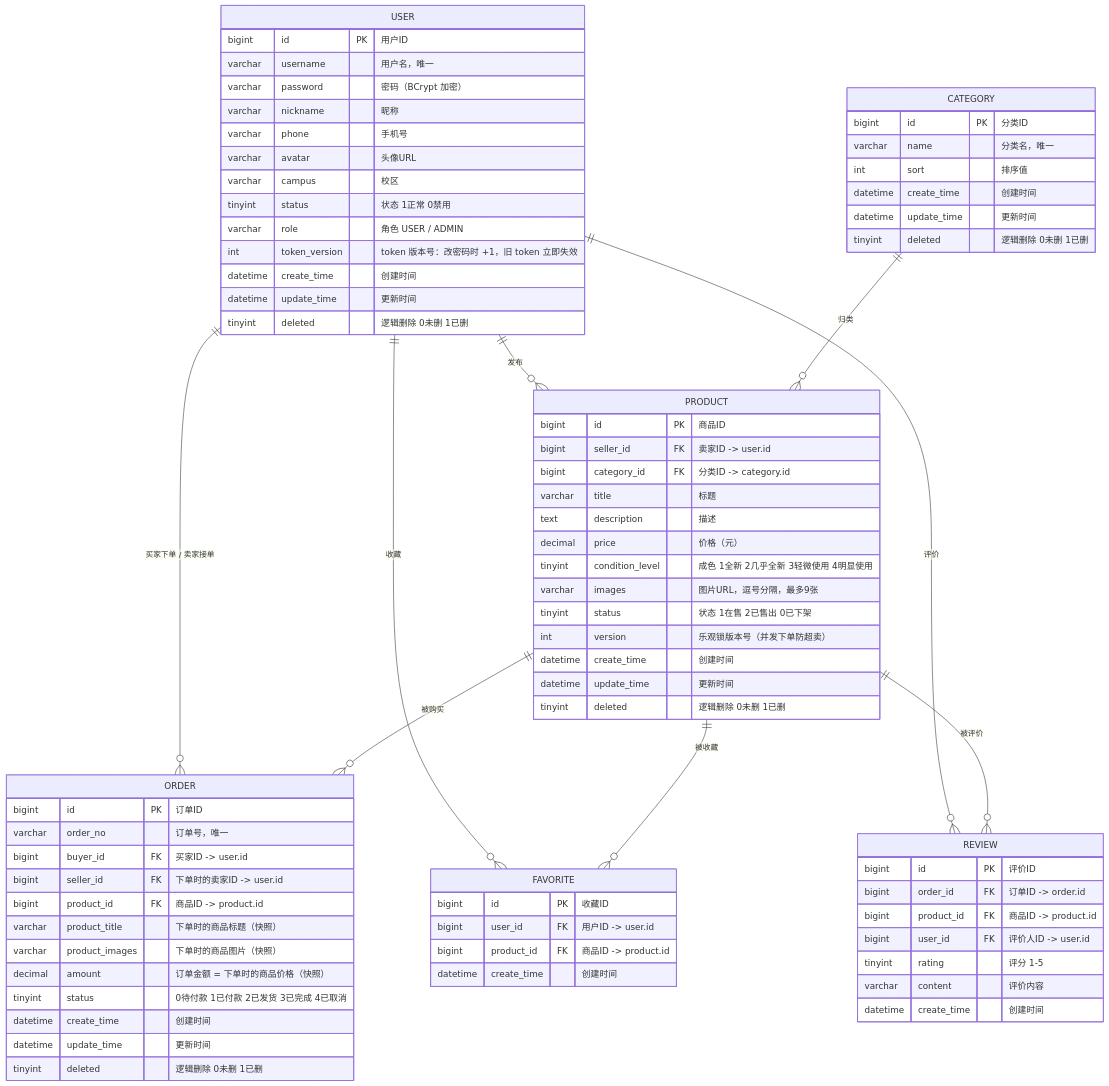
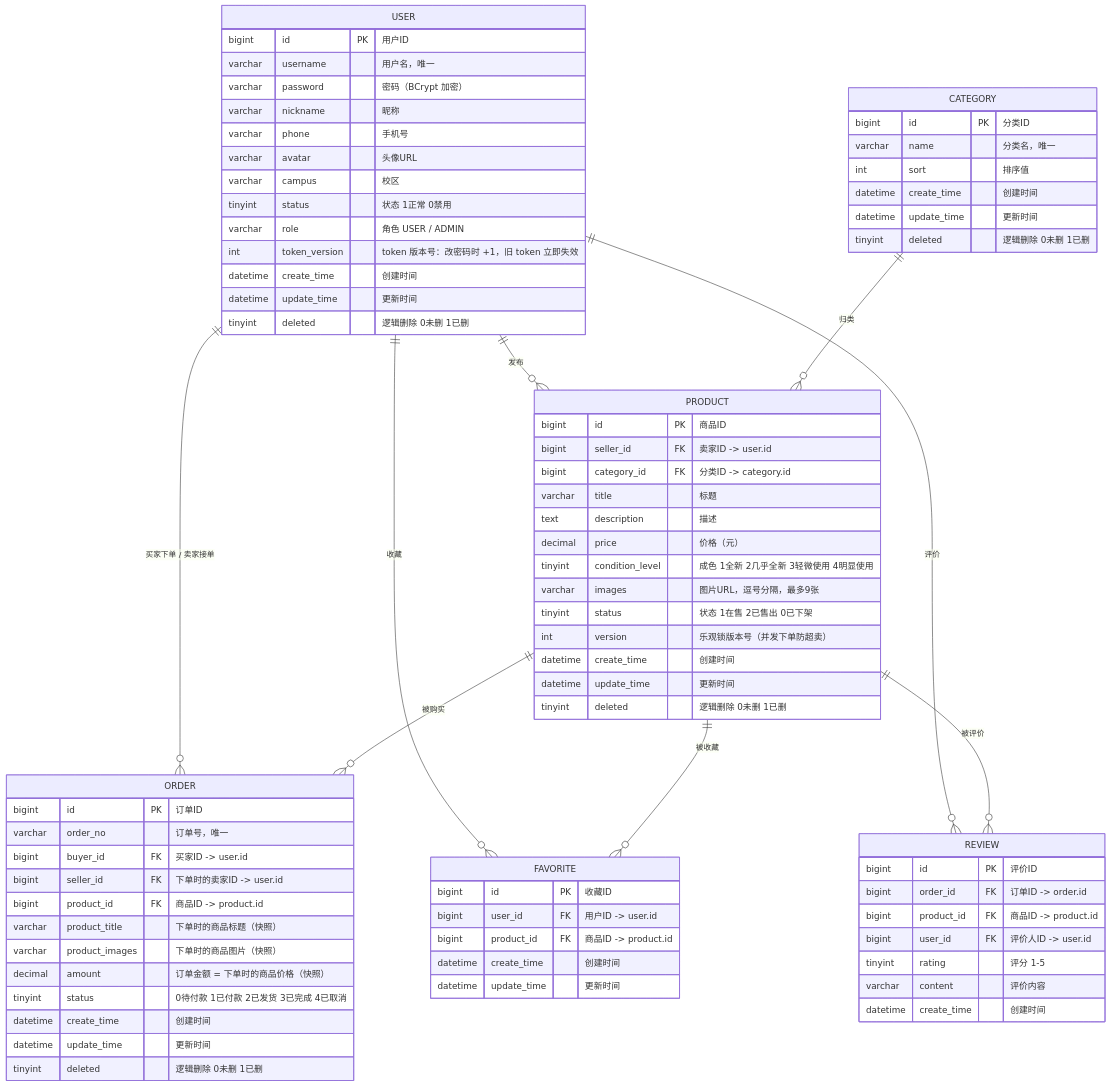
The diagram in docs/er-diagram.md (cjjkd/CampusMart), drawn with Mermaid before and after one commit. The commit also changed 7 other files, not shown here.

```diff
--- a/docs/er-diagram.md
+++ b/docs/er-diagram.md
@@ -74,6 +74,7 @@
         bigint   user_id     FK "用户ID -> user.id"
         bigint   product_id  FK "商品ID -> product.id"
         datetime create_time    "创建时间"
+        datetime update_time    "更新时间"
     }
 
     REVIEW {
```
